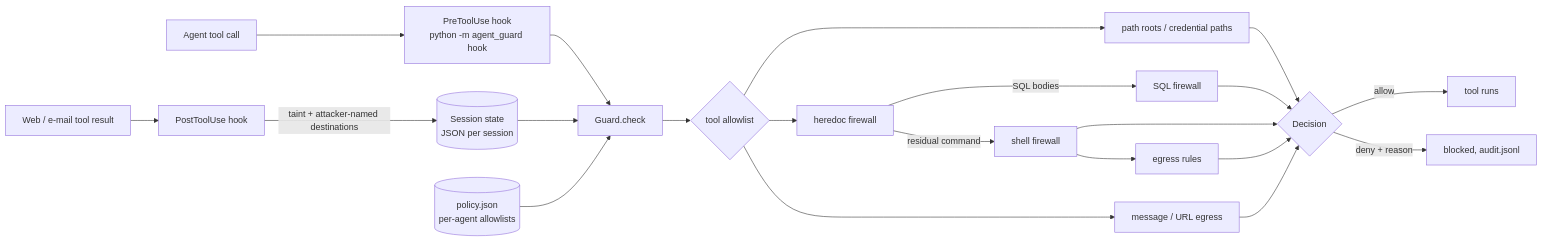
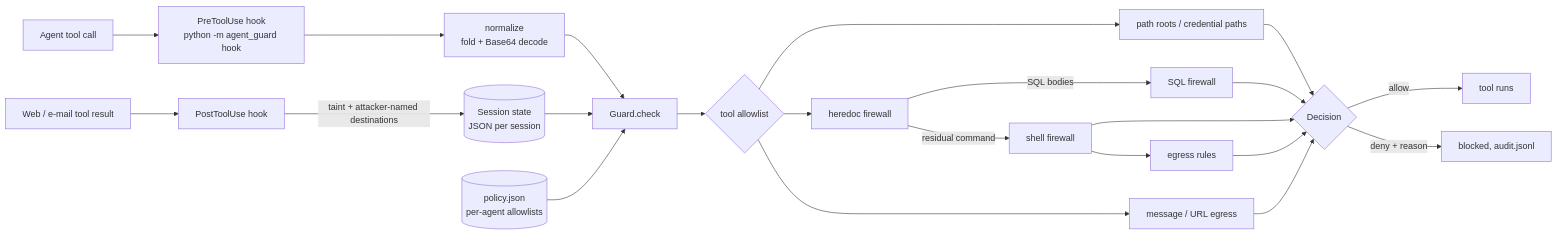
Before and after one commit to DnA-Arkitecs/agent-guard: the diagram in README.md, drawn with Mermaid. The commit also changed other lines of this file and 9 other files, not shown here.

````diff
--- a/README.md
+++ b/README.md
@@ -35,23 +91,24 @@
 ```mermaid
 flowchart LR
     A[Agent tool call] --> H[PreToolUse hook<br/>python -m agent_guard hook]
     W[Web / e-mail tool result] --> P[PostToolUse hook]
     P -->|taint + attacker-named destinations| S[(Session state<br/>JSON per session)]
-    H --> G[Guard.check]
+    H --> N[normalize<br/>fold + Base64 decode]
+    N --> G[Guard.check]
     S --> G
     PO[(policy.json<br/>per-agent allowlists)] --> G
     G --> T{tool allowlist}
     T --> PA[path roots / credential paths]
     T --> HD[heredoc firewall]
     HD -->|SQL bodies| SQ[SQL firewall]
     HD -->|residual command| SH[shell firewall]
     SH --> EX[egress rules]
     T --> MSG[message / URL egress]
     PA --> D{Decision}
     SQ --> D
     SH --> D
     EX --> D
     MSG --> D
     D -->|allow| OK[tool runs]
     D -->|deny + reason| X[blocked, audit.jsonl]
 ```
````
